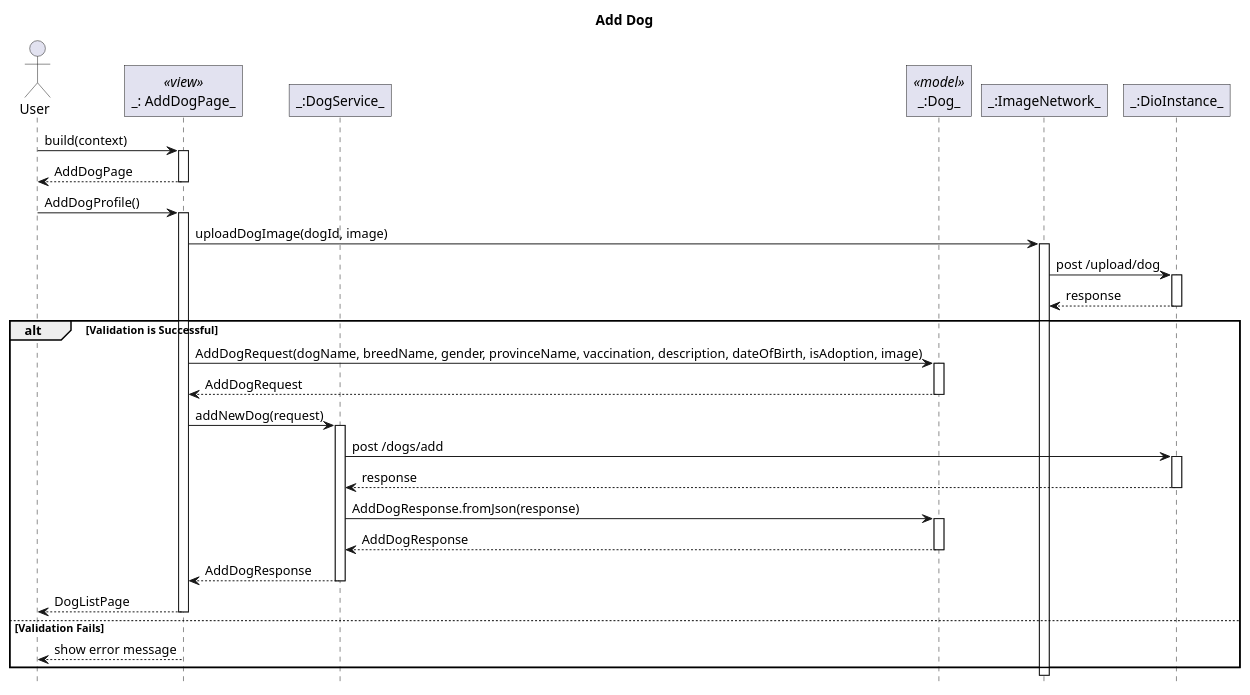
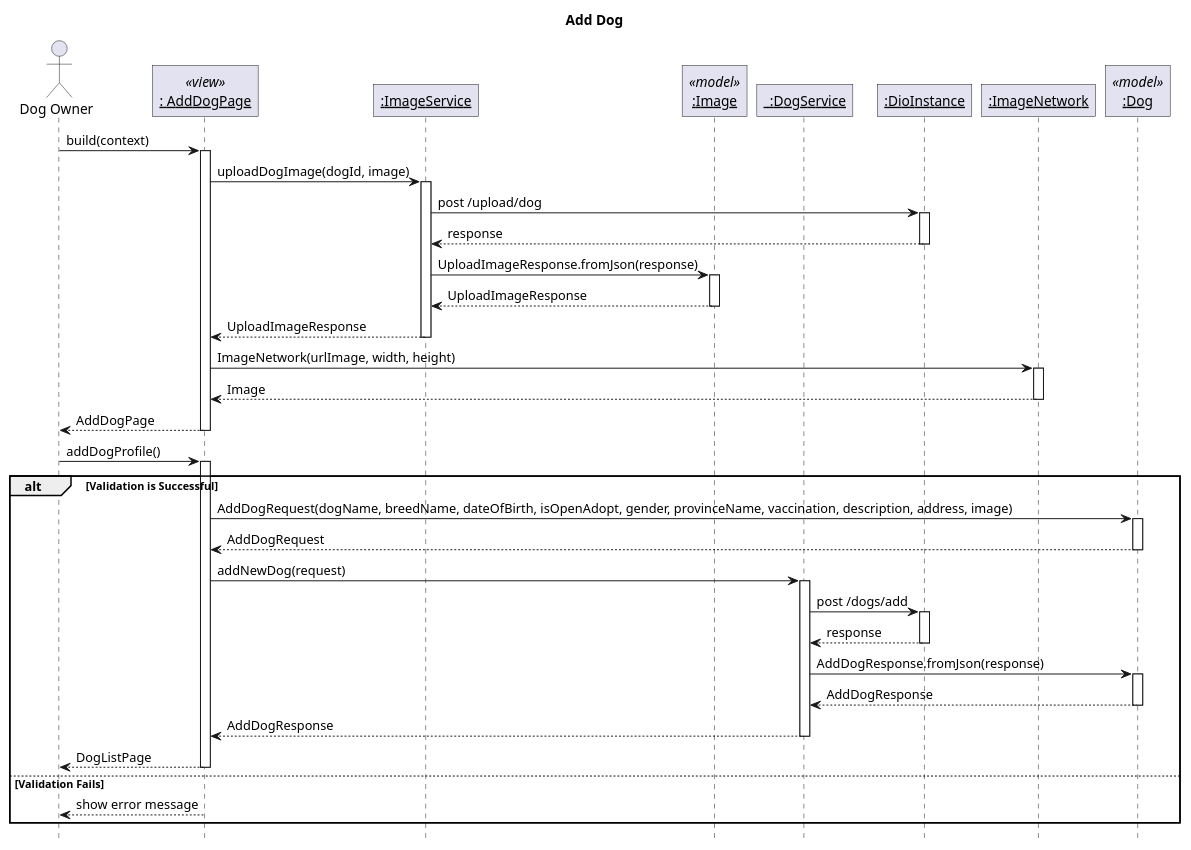
One commit to sharoncedila/FO_woofers changed the diagram in lib/plantuml/sequence/dog/add dog.puml. Above: the diagram before and after it, drawn with PlantUML. The commit also changed 31 other files, not shown here.

Commit message:
push updated sequence plantuml

```diff
--- a/lib/plantuml/sequence/dog/add dog.puml
+++ b/lib/plantuml/sequence/dog/add dog.puml
@@ -1,43 +1,50 @@
-@startuml AddDog
+@startuml Add Dog
 ' Global param
 title Add Dog
 autoactivate on
 
 ' Global style configuration
 skinparam RoundCorner 0
 hide footbox
 
 ' Sequence participant configuration
-actor User
-participant "_: AddDogPage_" as Page <<view>>
-participant "_:DogService_" as Service
-participant "_:Dog_" as Model <<model>>
-participant "_:ImageNetwork_" as Image
-participant "_:DioInstance_" as Dio
+actor "Dog Owner" as User
+participant "__: AddDogPage__" as Page <<view>>
+participant "__:ImageService__" as ImageService
+participant "__:Image__" as ImageModel <<model>>
+participant "___:DogService__" as DogService
+participant "__:DioInstance__" as Dio
+participant "__:ImageNetwork__" as Image
+participant "__:Dog__" as DogModel <<model>>
 
 
 ' Sequence diagram
 User -> Page: build(context)
+Page -> ImageService: uploadDogImage(dogId, image)
+ImageService -> Dio : post /upload/dog
+ImageService <-- Dio : response
+ImageService -> ImageModel: UploadImageResponse.fromJson(response)
+ImageService <-- ImageModel: UploadImageResponse
+Page <-- ImageService: UploadImageResponse
+Page -> Image : ImageNetwork(urlImage, width, height)
+Page <-- Image : Image
 User <-- Page: AddDogPage
-User -> Page: AddDogProfile()
-Page -> Image: uploadDogImage(dogId, image)
-Image -> Dio : post /upload/dog
-Image <-- Dio : response
+User -> Page : addDogProfile()
 alt Validation is Successful
-Page -> Model: AddDogRequest(dogName, breedName, gender, provinceName, vaccination, description, dateOfBirth, isAdoption, image)
-Page <-- Model: AddDogRequest
-Page -> Service: addNewDog(request)
-Service -> Dio : post /dogs/add
-Service <-- Dio : response
-Service -> Model: AddDogResponse.fromJson(response)
-Service <-- Model: AddDogResponse
-Page <-- Service: AddDogResponse
+Page -> DogModel: AddDogRequest(dogName, breedName, dateOfBirth, isOpenAdopt, gender, provinceName, vaccination, description, address, image)
+Page <-- DogModel: AddDogRequest
+Page -> DogService: addNewDog(request)
+DogService -> Dio : post /dogs/add
+DogService <-- Dio : response
+DogService -> DogModel: AddDogResponse.fromJson(response)
+DogService <-- DogModel: AddDogResponse
+Page <-- DogService: AddDogResponse
 User <-- Page: DogListPage
 else Validation Fails
-    User <-- Page: show error message
+User <-- Page: show error message
 end
 
 
 
 
 @enduml
```
